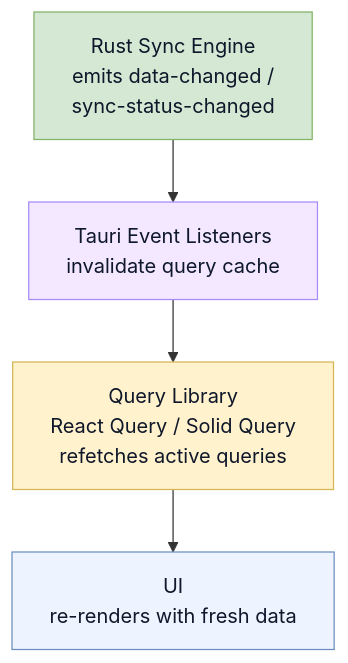
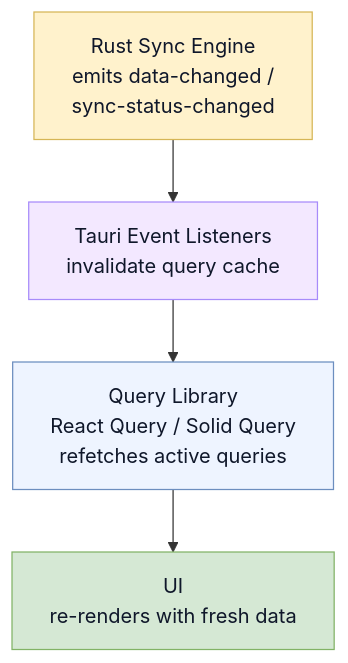
Before and after one commit to sakti-dev/baresync: the diagram in apps/docs/content/docs/ui-frameworks/overview.mdx, drawn with Mermaid.

Commit message:
docs: swap color assignments in ui-frameworks Mermaid diagram

````diff
--- a/apps/docs/content/docs/ui-frameworks/overview.mdx
+++ b/apps/docs/content/docs/ui-frameworks/overview.mdx
@@ -19,11 +19,11 @@
 ```mermaid
 flowchart TD
     Rust["Rust Sync Engine\nemits data-changed /\nsync-status-changed"] --> Events["Tauri Event Listeners\ninvalidate query cache"]
     Events --> Query["Query Library\nReact Query / Solid Query\nrefetches active queries"]
     Query --> UI["UI\nre-renders with fresh data"]
 
-    style Rust fill:#d5e8d4,stroke:#82b366,color:#0f172a
+    style Rust fill:#fff2cc,stroke:#d6b656,color:#0f172a
     style Events fill:#f3e8ff,stroke:#a78bfa,color:#0f172a
-    style Query fill:#fff2cc,stroke:#d6b656,color:#0f172a
-    style UI fill:#eef4ff,stroke:#6c8ebf,color:#0f172a
+    style Query fill:#eef4ff,stroke:#6c8ebf,color:#0f172a
+    style UI fill:#d5e8d4,stroke:#82b366,color:#0f172a
 ```
````
